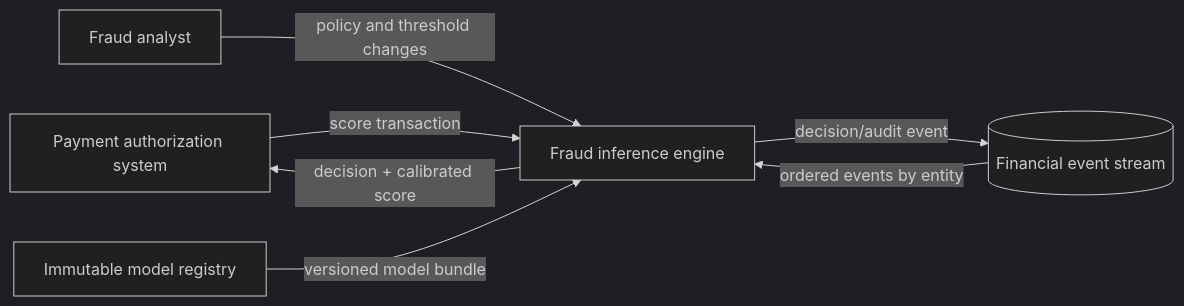
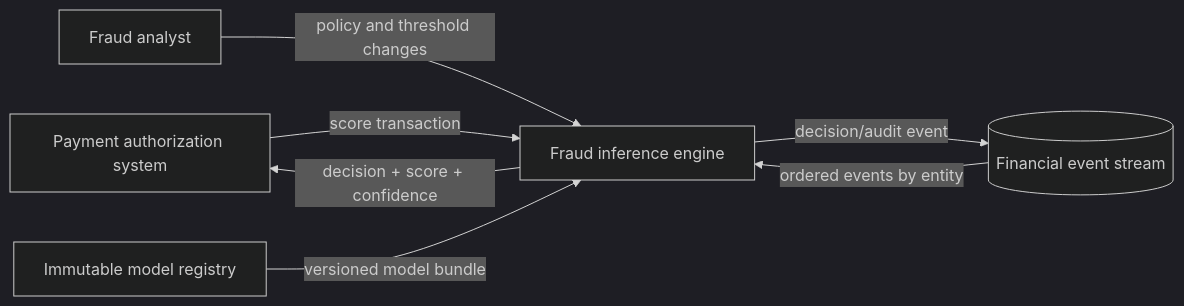
One commit to pranavkkp4/Distributed-Fraud-Detection changed the diagram in docs/architecture/system_context.md. Above: the diagram before and after it, drawn with Mermaid (dark theme). The commit also changed other lines of this file and 37 other files, not shown here.

````diff
--- a/docs/architecture/system_context.md
+++ b/docs/architecture/system_context.md
@@ -8,15 +8,15 @@
 ```mermaid
 flowchart LR
     client[Payment authorization system]
     engine[Fraud inference engine]
     analyst[Fraud analyst]
     registry[Immutable model registry]
     events[(Financial event stream)]
 
     client -->|score transaction| engine
-    engine -->|decision + calibrated score| client
+    engine -->|decision + score + confidence| client
     events -->|ordered events by entity| engine
     analyst -->|policy and threshold changes| engine
     registry -->|versioned model bundle| engine
     engine -->|decision/audit event| events
 ```
````
